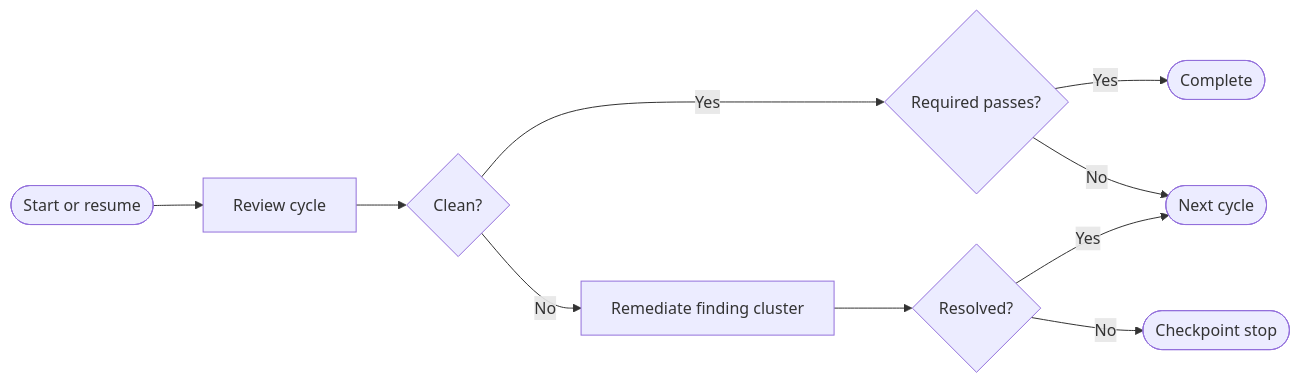
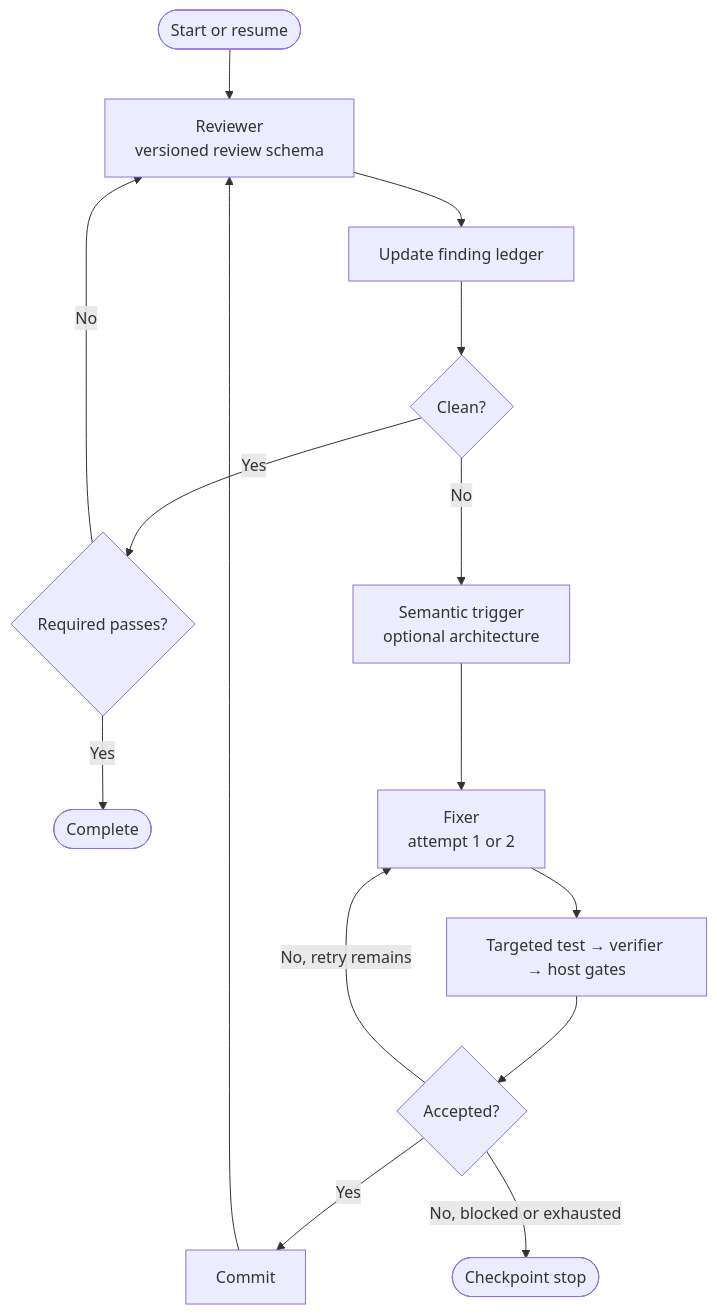
One commit to InnerLive/CodexReviewLoop changed the diagram in README.md. Above: the diagram before and after it, drawn with Mermaid. The commit also changed other lines of this file and 16 other files, not shown here.

````diff
--- a/README.md
+++ b/README.md
@@ -53,13 +59,18 @@
 ```mermaid
-flowchart LR
-    start([Start or resume]) --> review["Review cycle"]
-    review --> clean{"Clean?"}
+flowchart TD
+    start([Start or resume]) --> review["Reviewer<br/>versioned review schema"]
+    review --> ledger["Update finding ledger"]
+    ledger --> clean{"Clean?"}
     clean -- Yes --> passes{"Required passes?"}
     passes -- Yes --> done([Complete])
-    passes -- No --> next([Next cycle])
+    passes -- No --> review
 
-    clean -- No --> remediate["Remediate finding cluster"]
-    remediate --> resolved{"Resolved?"}
-    resolved -- Yes --> next
-    resolved -- No --> stop([Checkpoint stop])
+    clean -- No --> decide["Semantic trigger<br/>optional architecture"]
+    decide --> fixer["Fixer<br/>attempt 1 or 2"]
+    fixer --> quality["Targeted test → verifier → host gates"]
+    quality --> accepted{"Accepted?"}
+    accepted -- Yes --> commit["Commit"]
+    commit --> review
+    accepted -- "No, retry remains" --> fixer
+    accepted -- "No, blocked or exhausted" --> stop([Checkpoint stop])
 ```
````
